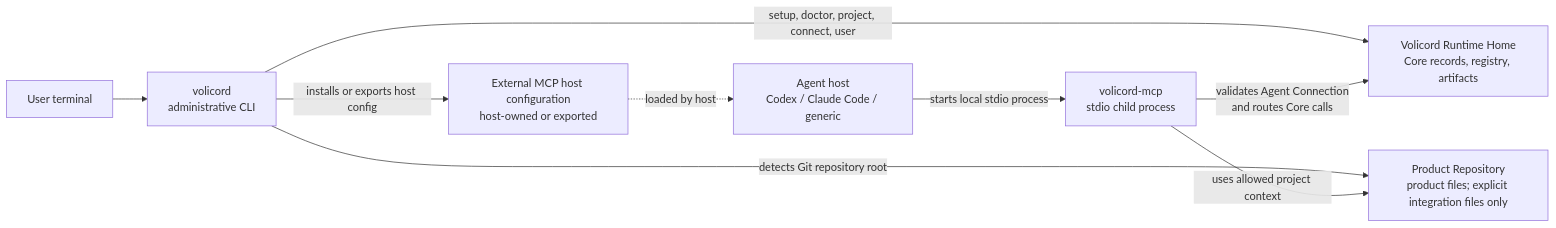
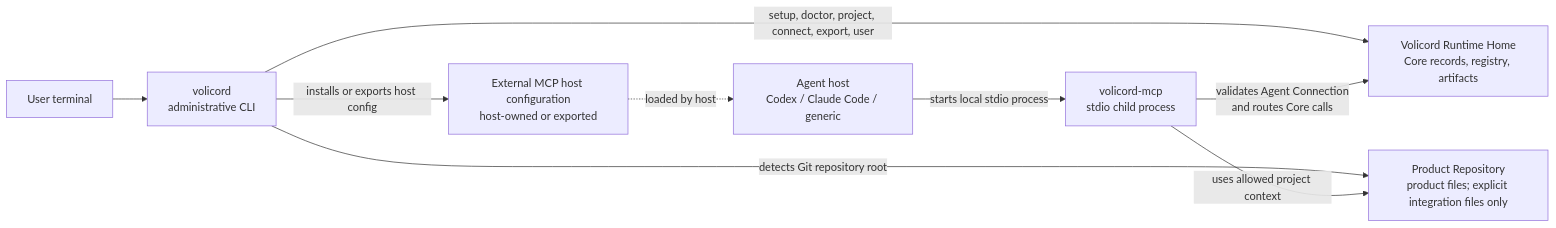
One commit to minjungw00/Harness_Project changed the second of 2 diagrams in README.md. Above: the diagram before and after it, drawn with Mermaid. The commit also changed 8 other files, not shown here.

````diff
--- a/README.md
+++ b/README.md
@@ -124,19 +124,19 @@
 ```mermaid
 flowchart LR
   user["User terminal"]
   cli["volicord<br/>administrative CLI"]
   host["Agent host<br/>Codex / Claude Code / generic"]
   mcp["volicord-mcp<br/>stdio child process"]
   runtime["Volicord Runtime Home<br/>Core records, registry, artifacts"]
   repo["Product Repository<br/>product files; explicit integration files only"]
   hostcfg["External MCP host configuration<br/>host-owned or exported"]
 
   user --> cli
-  cli -- "setup, doctor, project, connect, user" --> runtime
+  cli -- "setup, doctor, project, connect, export, user" --> runtime
   cli -- "detects Git repository root" --> repo
   cli -- "installs or exports host config" --> hostcfg
   hostcfg -. "loaded by host" .-> host
   host -- "starts local stdio process" --> mcp
   mcp -- "validates Agent Connection<br/>and routes Core calls" --> runtime
   mcp -- "uses allowed project context" --> repo
 ```
````
